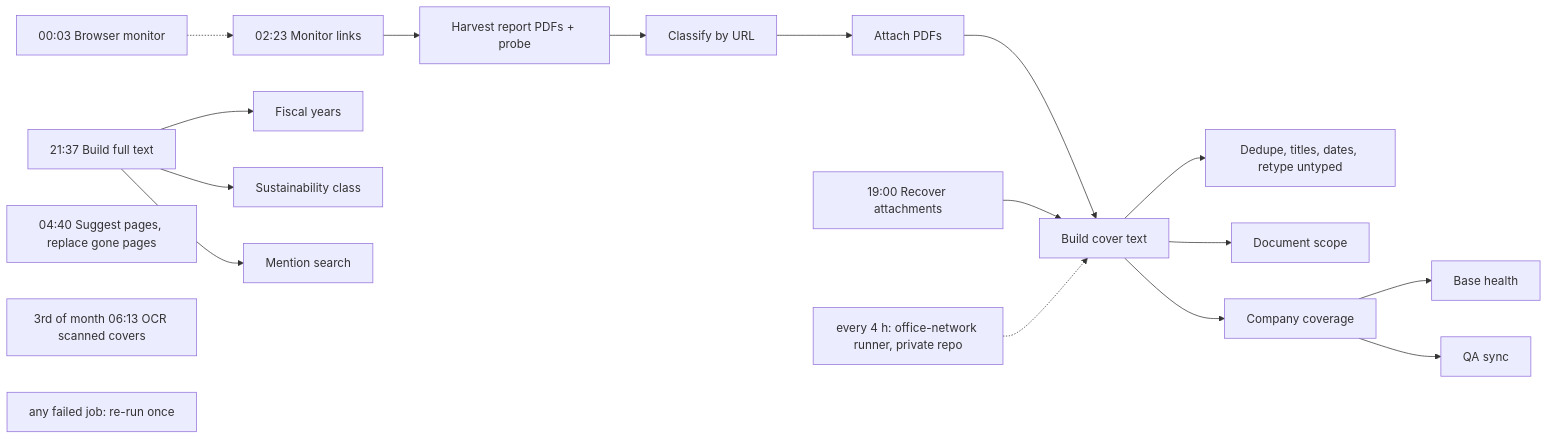
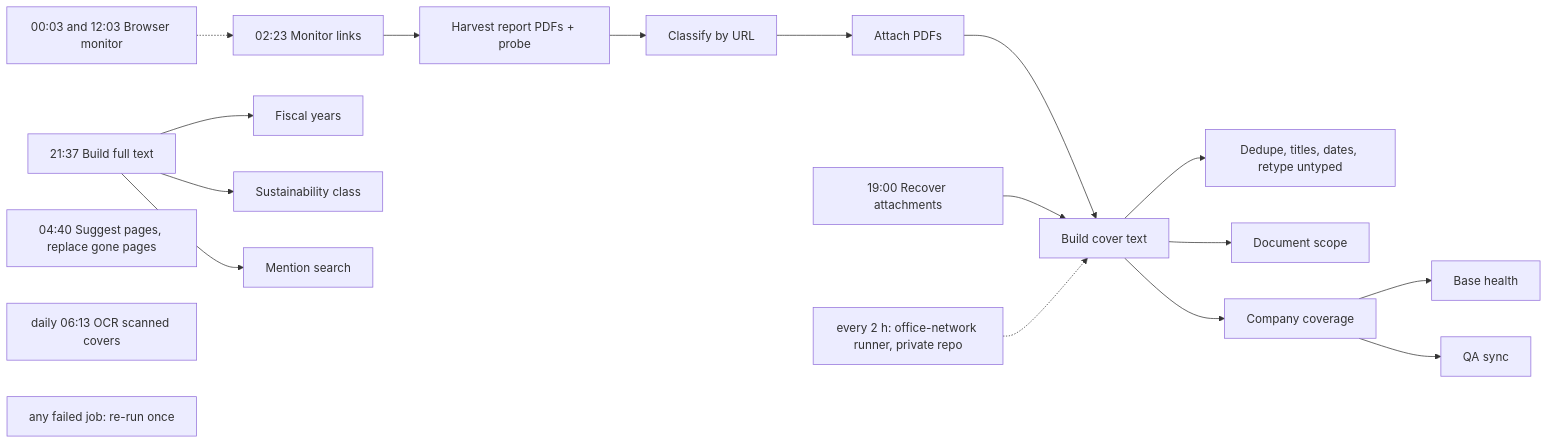
The diagram in docs/architecture.md (led2192/wba-link-monitor), drawn with Mermaid before and after one commit. The commit also changed other lines of this file and 12 other files, not shown here.

First line of the commit message:
Run the backlog jobs more often: browser monitor twice a day, OCR daily with fresh attachment links

````diff
--- a/docs/architecture.md
+++ b/docs/architecture.md
@@ -20,21 +20,21 @@
 ```mermaid
 flowchart LR
-  BM[00:03 Browser monitor] -.-> M
+  BM[00:03 and 12:03 Browser monitor] -.-> M
   M[02:23 Monitor links] --> H[Harvest report PDFs + probe]
   H --> C[Classify by URL]
   C --> A[Attach PDFs]
   A --> CT[Build cover text]
   R[19:00 Recover attachments] --> CT
   CT --> D[Dedupe, titles, dates, retype untyped]
   CT --> DS[Document scope]
   CT --> CC[Company coverage]
   CC --> BH[Base health]
   CC --> QS[QA sync]
   FT[21:37 Build full text] --> FY[Fiscal years]
   FT --> SC[Sustainability class]
   FT --> MS[Mention search]
   DP[04:40 Suggest pages, replace gone pages]
-  OCR[3rd of month 06:13 OCR scanned covers]
-  PC[every 4 h: office-network runner, private repo] -.-> CT
+  OCR[daily 06:13 OCR scanned covers]
+  PC[every 2 h: office-network runner, private repo] -.-> CT
   RR[any failed job: re-run once]
 ```
````
